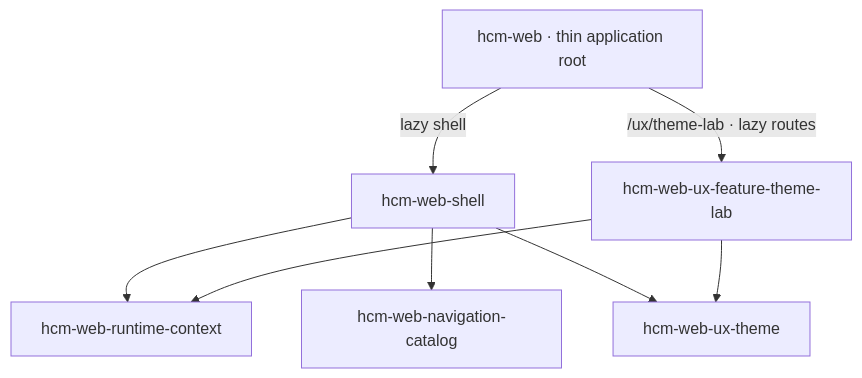
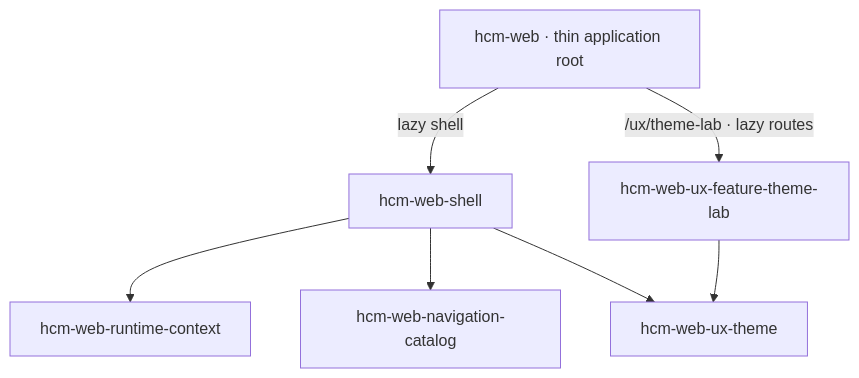
Before and after one commit to alarhoo/empflowyee: the first of 2 diagrams in docs/hcm/architecture/shell/README.md, drawn with Mermaid. The commit also changed other lines of this file and 116 other files, not shown here.

````diff
--- a/docs/hcm/architecture/shell/README.md
+++ b/docs/hcm/architecture/shell/README.md
@@ -42,16 +23,15 @@
 ```mermaid
 flowchart TD
     App["hcm-web · thin application root"]
     Shell["hcm-web-shell"]
     Lab["hcm-web-ux-feature-theme-lab"]
     Runtime["hcm-web-runtime-context"]
     Catalog["hcm-web-navigation-catalog"]
     Theme["hcm-web-ux-theme"]
     App -->|"lazy shell"| Shell
     App -->|"/ux/theme-lab · lazy routes"| Lab
     Shell --> Runtime
     Shell --> Catalog
     Shell --> Theme
-    Lab --> Runtime
     Lab --> Theme
 ```
````
